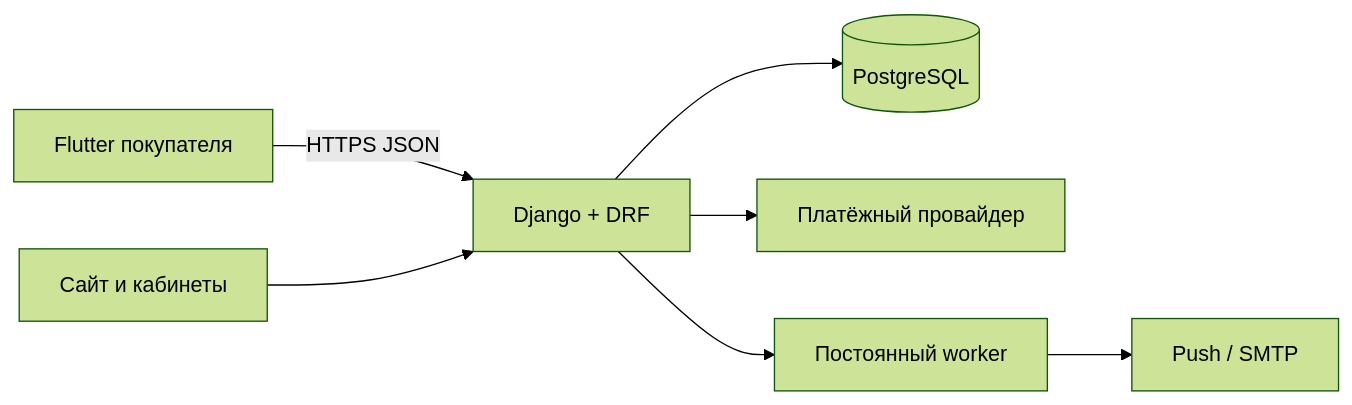
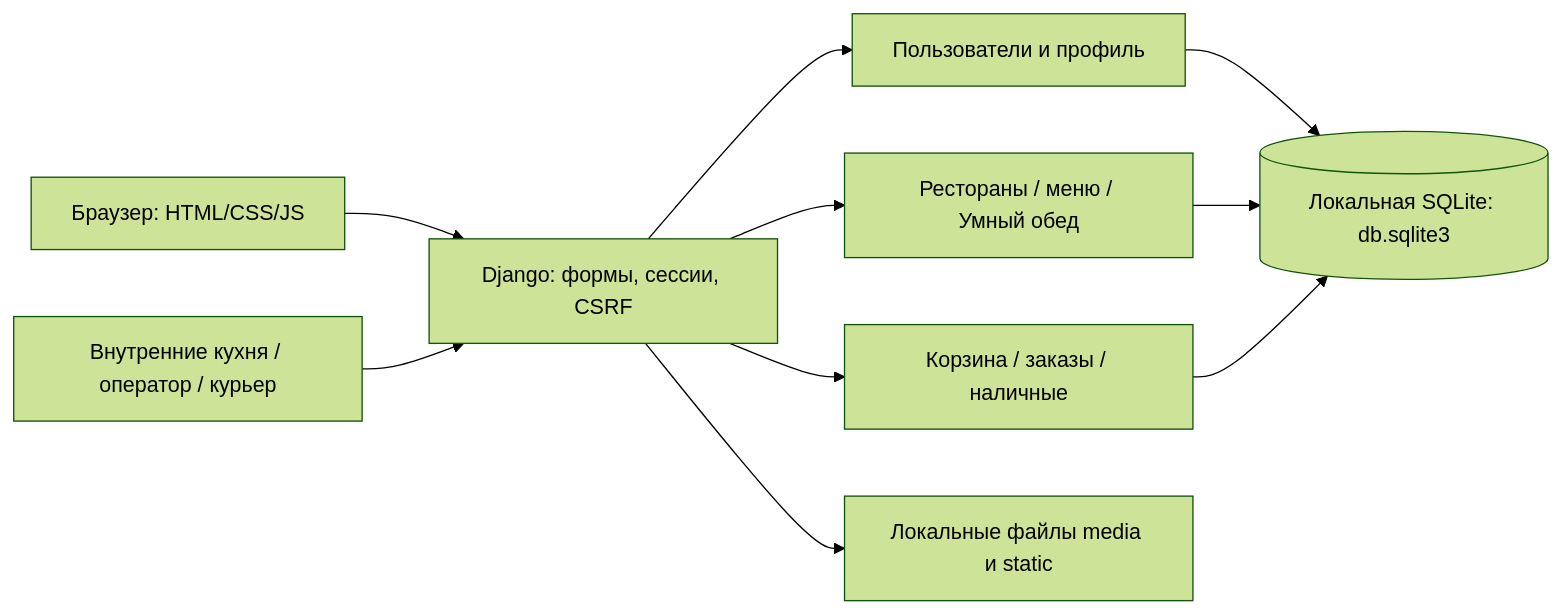
The diagram in docs/marketplace-v2/02_ARCHITECTURE.md (Shohjahon2707/Fast-Food-delivery), drawn with Mermaid (forest theme) before and after one commit. The commit also changed other lines of this file and 90 other files, not shown here.

````diff
--- a/docs/marketplace-v2/02_ARCHITECTURE.md
+++ b/docs/marketplace-v2/02_ARCHITECTURE.md
@@ -7,9 +3,12 @@
 ```mermaid
 flowchart LR
-    A[Flutter покупателя] -->|HTTPS JSON| D[Django + DRF]
-    W[Сайт и кабинеты] --> D
-    D --> P[(PostgreSQL)]
-    D --> F[Платёжный провайдер]
-    D --> J[Постоянный worker]
-    J --> N[Push / SMTP]
+  W[Браузер: HTML/CSS/JS] --> D[Django: формы, сессии, CSRF]
+  D --> U[Пользователи и профиль]
+  D --> M[Рестораны / меню / Умный обед]
+  D --> O[Корзина / заказы / наличные]
+  U --> DB[(Локальная SQLite: db.sqlite3)]
+  M --> DB
+  O --> DB
+  D --> F[Локальные файлы media и static]
+  K[Внутренние кухня / оператор / курьер] --> D
 ```
````
